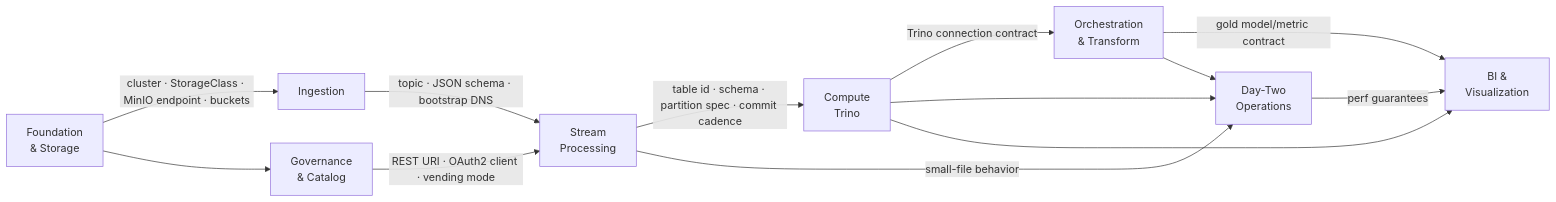
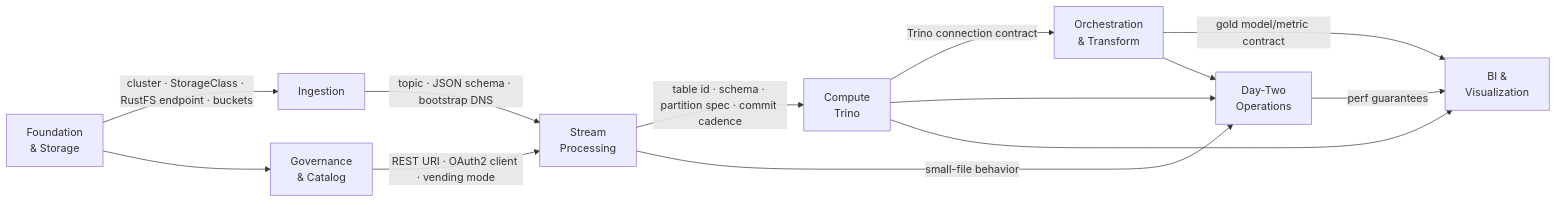
One commit to christiannarbon/open-iceberg-stack changed the third of 3 diagrams in docs/tech/architecture/01-system-context.md. Above: the diagram before and after it, drawn with Mermaid. The commit also changed other lines of this file, not shown here.

Commit message:
updating main architecture diagram

````diff
--- a/docs/tech/architecture/01-system-context.md
+++ b/docs/tech/architecture/01-system-context.md
@@ -126,15 +126,15 @@
 ```mermaid
 flowchart LR
-    L1[Foundation<br/>& Storage] -->|cluster · StorageClass · MinIO endpoint · buckets| L2[Ingestion]
+    L1[Foundation<br/>& Storage] -->|cluster · StorageClass · RustFS endpoint · buckets| L2[Ingestion]
     L1 --> L3[Governance<br/>& Catalog]
     L3 -->|REST URI · OAuth2 client · vending mode| L4[Stream<br/>Processing]
     L2 -->|topic · JSON schema · bootstrap DNS| L4
     L4 -->|table id · schema · partition spec · commit cadence| L5[Compute<br/>Trino]
     L5 -->|Trino connection contract| L6[Orchestration<br/>& Transform]
     L4 -->|small-file behavior| L7[Day-Two<br/>Operations]
     L6 -->|gold model/metric contract| L8[BI &<br/>Visualization]
     L6 --> L7
     L5 --> L7
     L5 --> L8
     L7 -->|perf guarantees| L8
 ```
````
